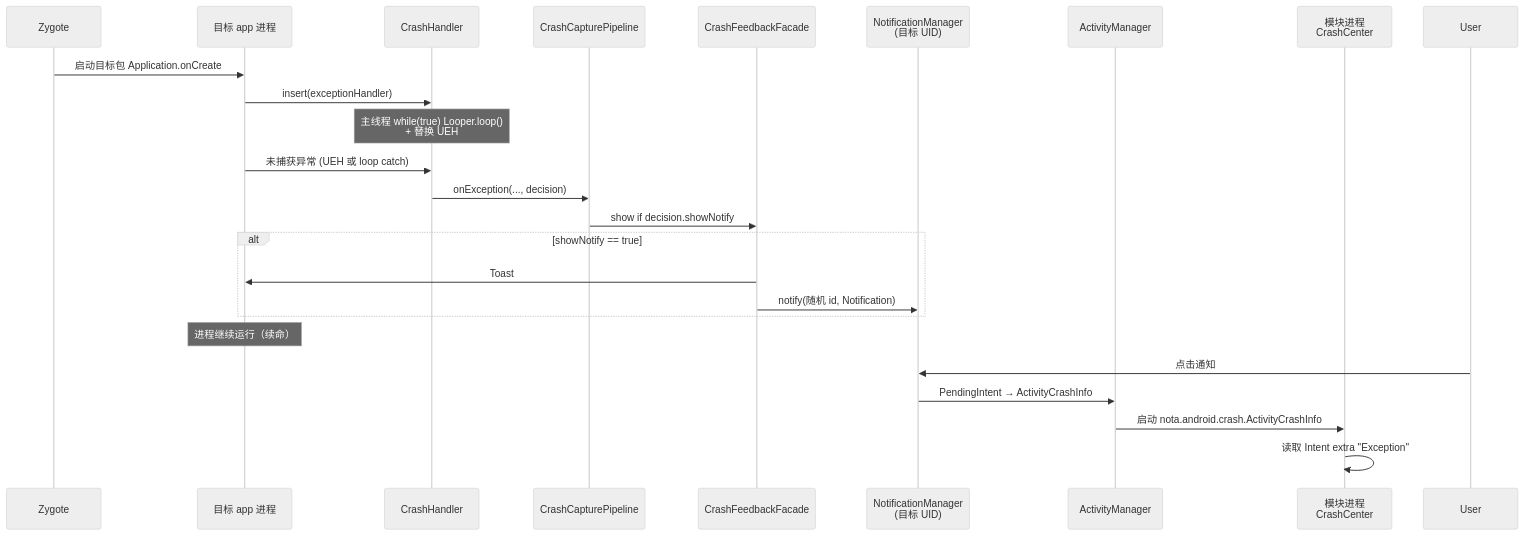
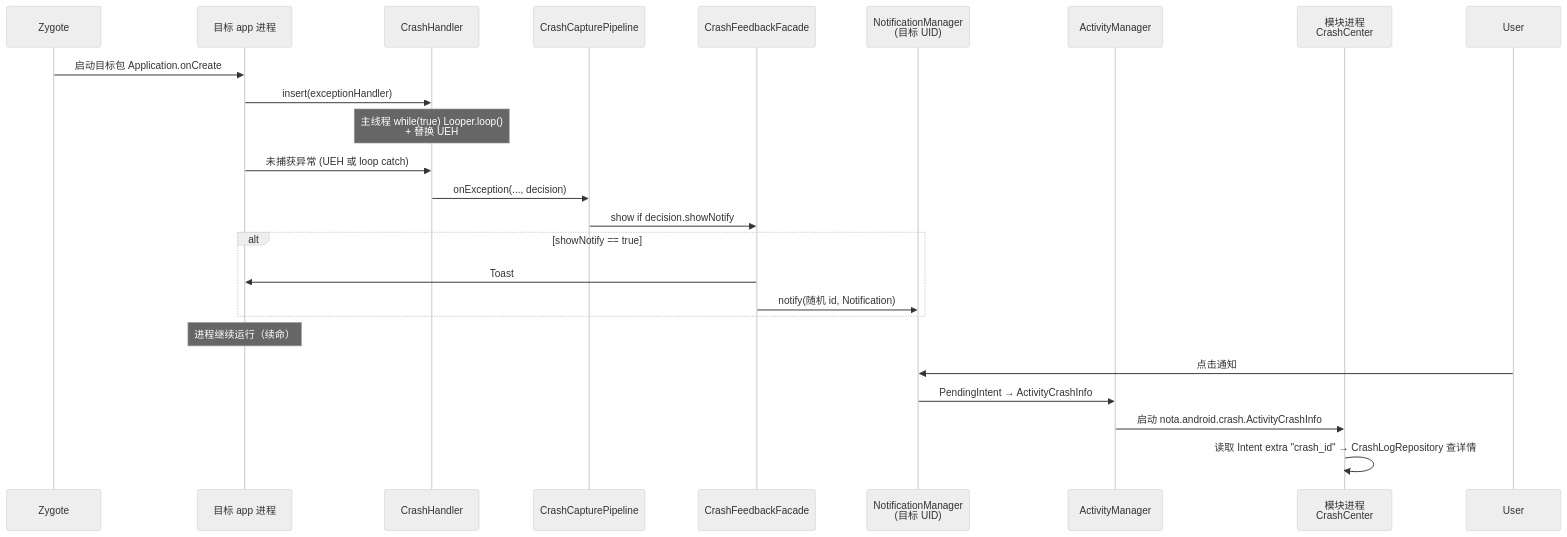
Before and after one commit to TIIEHenry/CrashCenter: the diagram in docs/architecture/crash-notification.md, drawn with Mermaid (neutral theme). The commit also changed other lines of this file and 5 other files, not shown here.

````diff
--- a/docs/architecture/crash-notification.md
+++ b/docs/architecture/crash-notification.md
@@ -27,29 +27,29 @@
 ```mermaid
 sequenceDiagram
     participant Zygote
     participant Target as 目标 app 进程
     participant CH as CrashHandler
     participant Pipe as CrashCapturePipeline
     participant FB as CrashFeedbackFacade
     participant NM as NotificationManager<br/>(目标 UID)
     participant AMS as ActivityManager
     participant Module as 模块进程<br/>CrashCenter
 
     Zygote->>Target: 启动目标包 Application.onCreate
     Target->>CH: insert(exceptionHandler)
     Note over CH: 主线程 while(true) Looper.loop()<br/>+ 替换 UEH
 
     Target->>CH: 未捕获异常 (UEH 或 loop catch)
     CH->>Pipe: onException(..., decision)
     Pipe->>FB: show if decision.showNotify
     alt showNotify == true
         FB->>Target: Toast
         FB->>NM: notify(随机 id, Notification)
     end
     Note over Target: 进程继续运行（续命）
 
   User->>NM: 点击通知
     NM->>AMS: PendingIntent → ActivityCrashInfo
     AMS->>Module: 启动 nota.android.crash.ActivityCrashInfo
-    Module->>Module: 读取 Intent extra "Exception"
+    Module->>Module: 读取 Intent extra "crash_id" → CrashLogRepository 查详情
 ```
````
